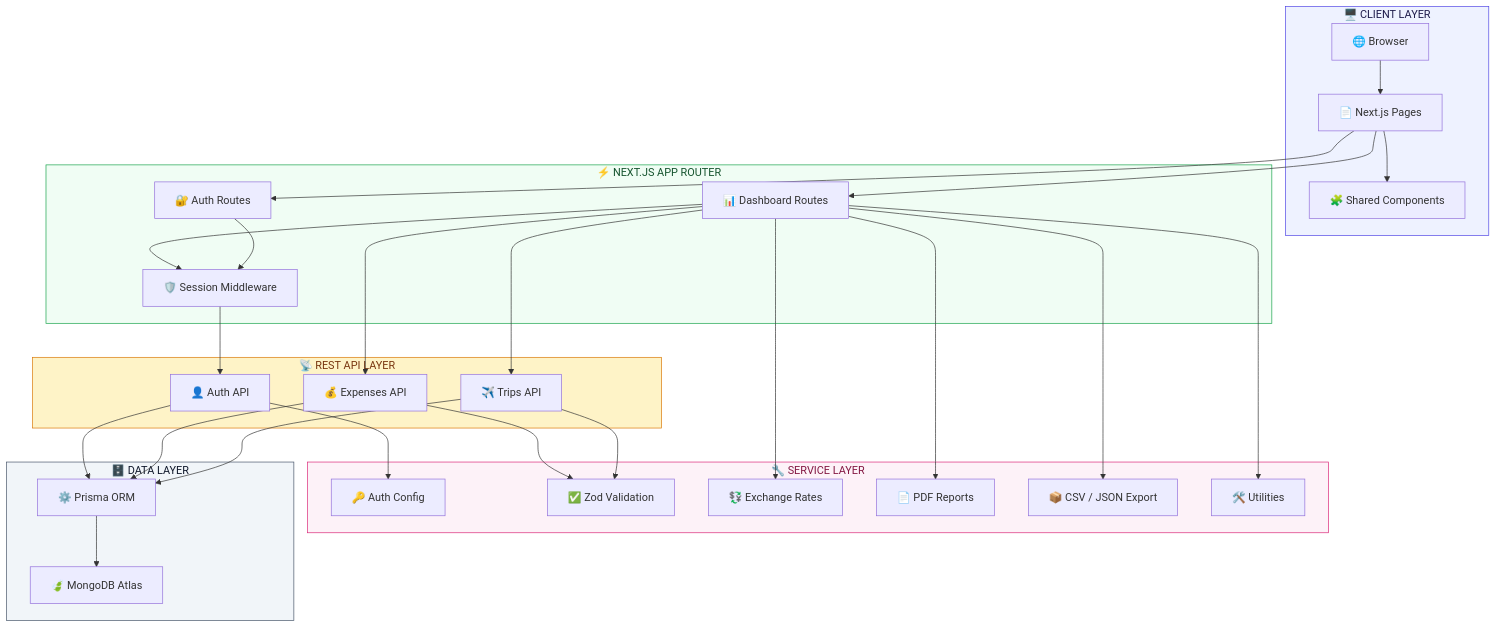
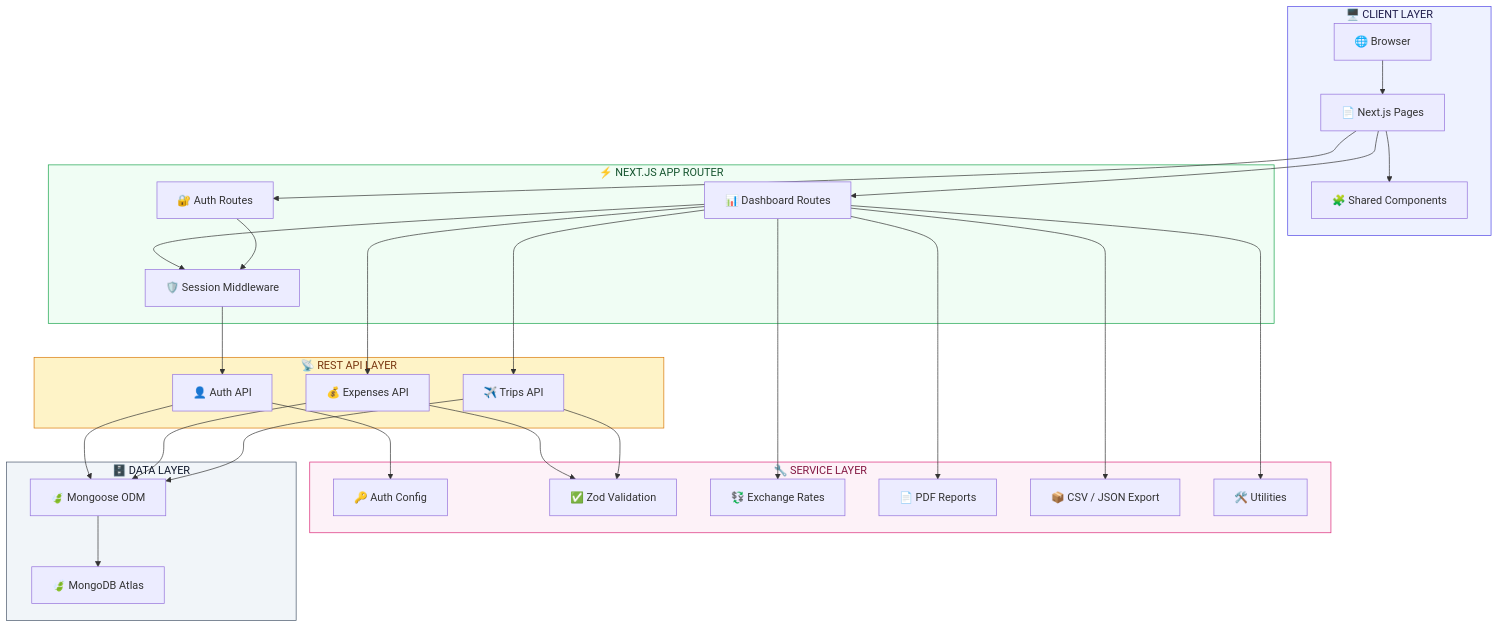
Before and after one commit to rajdivyansh965/TravelTrack: the first of 3 diagrams in README.md, drawn with Mermaid. The commit also changed other lines of this file and 1 other file, not shown here.

Commit message:
Update READMEs and Mermaid diagrams to reflect Mongoose migration

````diff
--- a/README.md
+++ b/README.md
@@ -64,61 +64,61 @@
 ```mermaid
 graph TB
     subgraph Client["🖥️ CLIENT LAYER"]
         Browser["🌐 Browser"]
         Pages["📄 Next.js Pages"]
         Components["🧩 Shared Components"]
     end
 
     subgraph AppRouter["⚡ NEXT.JS APP ROUTER"]
         AuthGroup["🔐 Auth Routes"]
         DashGroup["📊 Dashboard Routes"]
         Middleware["🛡️ Session Middleware"]
     end
 
     subgraph API["📡 REST API LAYER"]
         AuthAPI["👤 Auth API"]
         TripsAPI["✈️ Trips API"]
         ExpensesAPI["💰 Expenses API"]
     end
 
     subgraph Services["🔧 SERVICE LAYER"]
         AuthLib["🔑 Auth Config"]
         Validation["✅ Zod Validation"]
         Currency["💱 Exchange Rates"]
         PDFExport["📄 PDF Reports"]
         DataExport["📦 CSV / JSON Export"]
         Utils["🛠️ Utilities"]
     end
 
     subgraph Data["🗄️ DATA LAYER"]
-        PrismaClient["⚙️ Prisma ORM"]
+        MongooseODM["🍃 Mongoose ODM"]
         MongoDB["🍃 MongoDB Atlas"]
     end
 
     Browser --> Pages
     Pages --> Components
     Pages --> AuthGroup
     Pages --> DashGroup
     AuthGroup --> Middleware
     DashGroup --> Middleware
     Middleware --> AuthAPI
     DashGroup --> TripsAPI
     DashGroup --> ExpensesAPI
     AuthAPI --> AuthLib
     TripsAPI --> Validation
     ExpensesAPI --> Validation
-    TripsAPI --> PrismaClient
-    ExpensesAPI --> PrismaClient
-    AuthAPI --> PrismaClient
+    TripsAPI --> MongooseODM
+    ExpensesAPI --> MongooseODM
+    AuthAPI --> MongooseODM
     DashGroup --> Currency
     DashGroup --> PDFExport
     DashGroup --> DataExport
     DashGroup --> Utils
-    PrismaClient --> MongoDB
+    MongooseODM --> MongoDB
 
     style Client fill:#eef2ff,stroke:#4f46e5,color:#1e1b4b
     style AppRouter fill:#f0fdf4,stroke:#16a34a,color:#14532d
     style API fill:#fef3c7,stroke:#d97706,color:#78350f
     style Services fill:#fdf2f8,stroke:#db2777,color:#831843
     style Data fill:#f1f5f9,stroke:#475569,color:#0f172a
 ```
````
